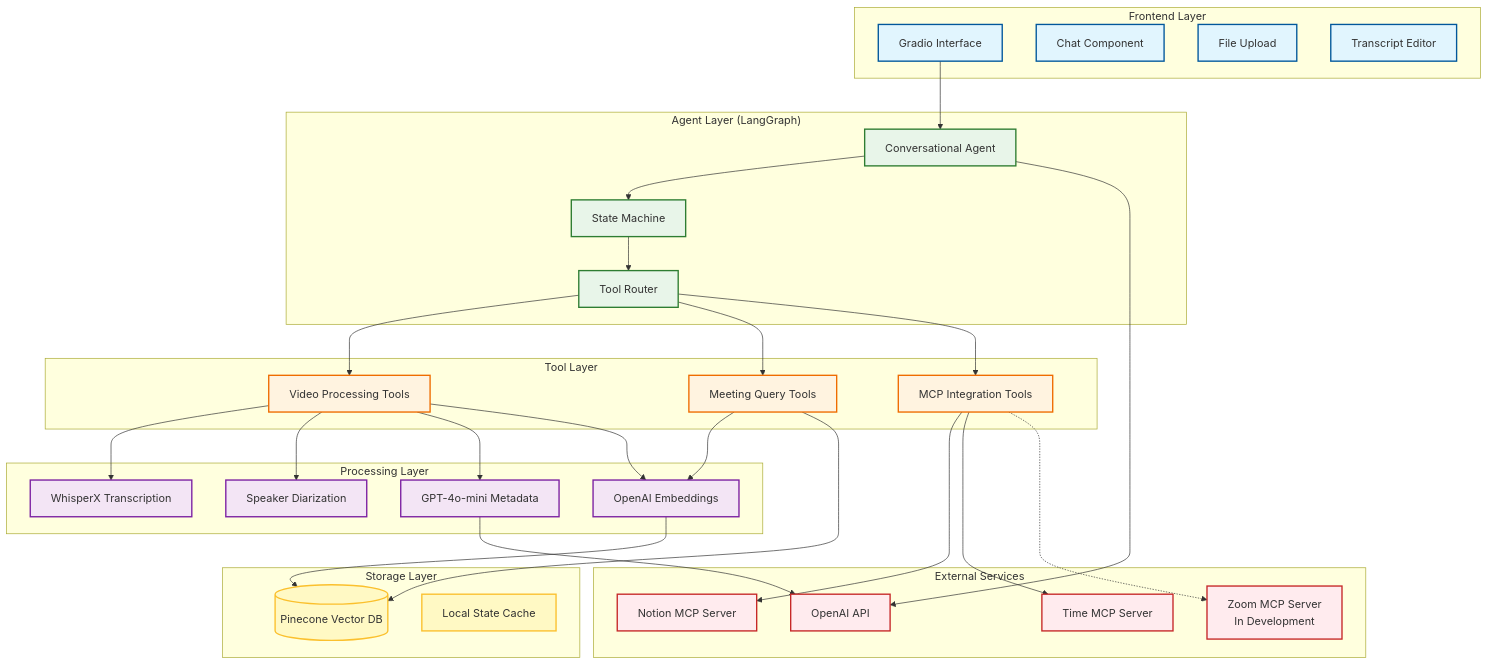
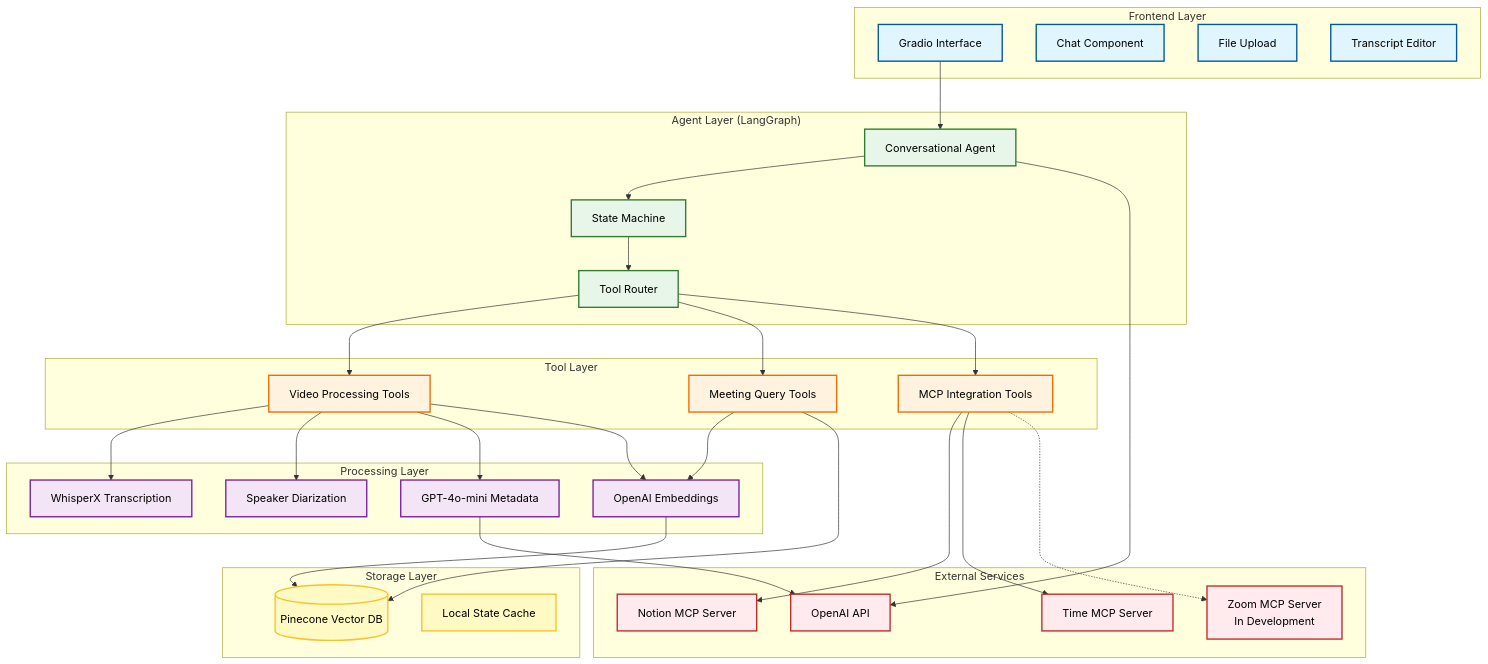
Before and after one commit to GFiaMon/meeting-intelligence-agent: the diagram in documentation/ARCHITECTURE.md, drawn with Mermaid. The commit also changed 3 other files, not shown here.

````diff
--- a/documentation/ARCHITECTURE.md
+++ b/documentation/ARCHITECTURE.md
@@ -46,77 +46,77 @@
 ```mermaid
 graph TB
     subgraph "Frontend Layer"
         UI[Gradio Interface]
         Chat[Chat Component]
         Upload[File Upload]
         Editor[Transcript Editor]
     end
     
     subgraph "Agent Layer (LangGraph)"
         Agent[Conversational Agent]
         StateMachine[State Machine]
         ToolRouter[Tool Router]
     end
     
     subgraph "Tool Layer"
         VideoTools[Video Processing Tools]
         QueryTools[Meeting Query Tools]
         MCPTools[MCP Integration Tools]
     end
     
     subgraph "Processing Layer"
         WhisperX[WhisperX Transcription]
         Pyannote[Speaker Diarization]
         MetadataExtractor[GPT-4o-mini Metadata]
         Embeddings[OpenAI Embeddings]
     end
     
     subgraph "Storage Layer"
         Pinecone[(Pinecone Vector DB)]
         LocalState[Local State Cache]
     end
     
     subgraph "External Services"
         OpenAI[OpenAI API]
         NotionMCP[Notion MCP Server]
         TimeMCP[Time MCP Server]
         ZoomMCP[Zoom MCP Server<br/>In Development]
     end
     
     UI --> Agent
     Agent --> StateMachine
     StateMachine --> ToolRouter
     ToolRouter --> VideoTools
     ToolRouter --> QueryTools
     ToolRouter --> MCPTools
     
     VideoTools --> WhisperX
     VideoTools --> Pyannote
     VideoTools --> MetadataExtractor
     VideoTools --> Embeddings
     
     QueryTools --> Embeddings
     QueryTools --> Pinecone
     
     MCPTools --> NotionMCP
     MCPTools --> TimeMCP
     MCPTools -.-> ZoomMCP
     
     Embeddings --> Pinecone
     MetadataExtractor --> OpenAI
     Agent --> OpenAI
     
-    classDef frontend fill:#e1f5fe,stroke:#01579b,stroke-width:2px
-    classDef agent fill:#e8f5e9,stroke:#2e7d32,stroke-width:2px
-    classDef tools fill:#fff3e0,stroke:#ef6c00,stroke-width:2px
-    classDef processing fill:#f3e5f5,stroke:#7b1fa2,stroke-width:2px
-    classDef storage fill:#fff9c4,stroke:#fbc02d,stroke-width:2px
-    classDef external fill:#ffebee,stroke:#c62828,stroke-width:2px
+    classDef frontend fill:#e1f5fe,stroke:#01579b,stroke-width:2px,color:#000000
+    classDef agent fill:#e8f5e9,stroke:#2e7d32,stroke-width:2px,color:#000000   
+    classDef tools fill:#fff3e0,stroke:#ef6c00,stroke-width:2px,color:#000000
+    classDef processing fill:#f3e5f5,stroke:#7b1fa2,stroke-width:2px,color:#000000
+    classDef storage fill:#fff9c4,stroke:#fbc02d,stroke-width:2px,color:#000000
+    classDef external fill:#ffebee,stroke:#c62828,stroke-width:2px,color:#000000
     
     class UI,Chat,Upload,Editor frontend
     class Agent,StateMachine,ToolRouter agent
     class VideoTools,QueryTools,MCPTools tools
     class WhisperX,Pyannote,MetadataExtractor,Embeddings processing
     class Pinecone,LocalState storage
     class OpenAI,NotionMCP,TimeMCP,ZoomMCP external
 ```
````
